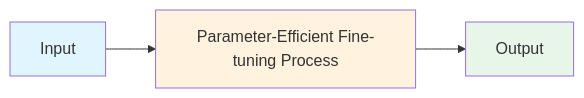
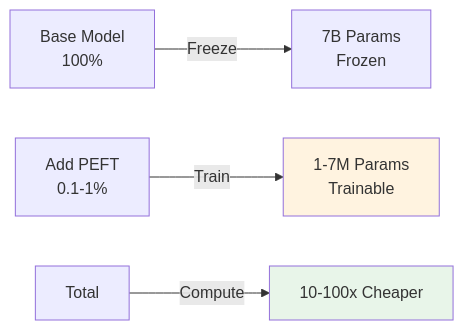
The first of 2 diagrams in llm/concepts/parameter-efficient-finetuning.md (souradeepta/interviewprep-ai), drawn with Mermaid before and after one commit. The commit also changed other lines of this file and 33 other files, not shown here.

````diff
--- a/llm/concepts/parameter-efficient-finetuning.md
+++ b/llm/concepts/parameter-efficient-finetuning.md
@@ -50,9 +50,8 @@
 ```mermaid
 graph LR
-    A["Input"] --> B["Parameter-Efficient Fine-tuning Process"]
-    B --> C["Output"]
-
-    style A fill:#e1f5ff
-    style B fill:#fff3e0
-    style C fill:#e8f5e9
+    A["Base Model<br/>100%"] -->|Freeze| B["7B Params<br/>Frozen"]
+    C["Add PEFT<br/>0.1-1%"] -->|Train| D["1-7M Params<br/>Trainable"]
+    E["Total"] -->|Compute| F["10-100x Cheaper"]
+    style D fill:#fff3e0
+    style F fill:#e8f5e9
 ```
````
